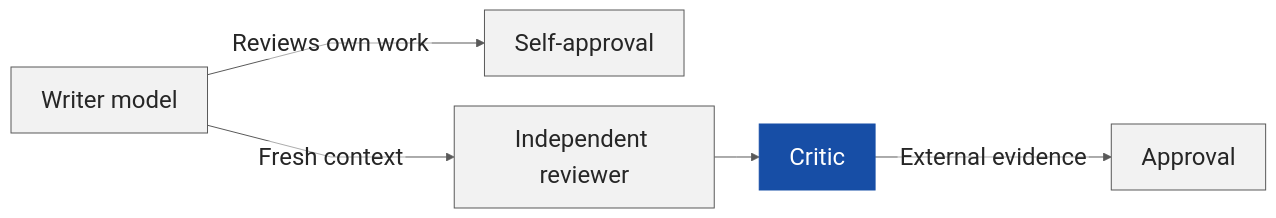
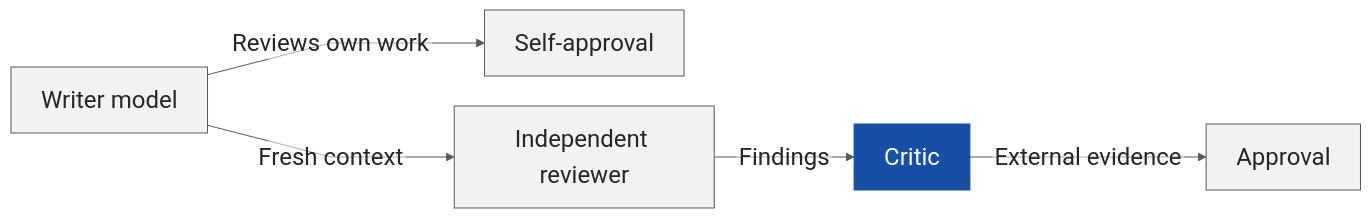
Before and after one commit to DonalMoloney/super-spec-new: the diagram in presentation/marp-deck/review-independence.mmd, drawn with Mermaid. The commit also changed 13 other files, not shown here.

```diff
--- a/presentation/marp-deck/review-independence.mmd
+++ b/presentation/marp-deck/review-independence.mmd
@@ -1,8 +1,8 @@
 %%{init: {"theme": "base", "themeVariables": {"fontFamily": "Arial", "fontSize": "24px", "primaryColor": "#f2f2f2", "primaryTextColor": "#262626", "primaryBorderColor": "#595959", "lineColor": "#595959", "edgeLabelBackground": "#ffffff"}, "flowchart": {"htmlLabels": false, "curve": "linear", "nodeSpacing": 30, "rankSpacing": 45}, "themeCSS": ".edgeLabel .background { fill: #ffffff !important; fill-opacity: 1 !important; opacity: 1 !important; }"}}%%
 flowchart LR
   W[Writer model] -->|Reviews own work| S[Self-approval]
   W -->|Fresh context| R[Independent reviewer]
-  R --> C[Critic]
+  R -->|Findings| C[Critic]
   C -->|External evidence| A[Approval]
   class C focus
   classDef focus fill:#174ea6,color:#ffffff,stroke:#174ea6
```
